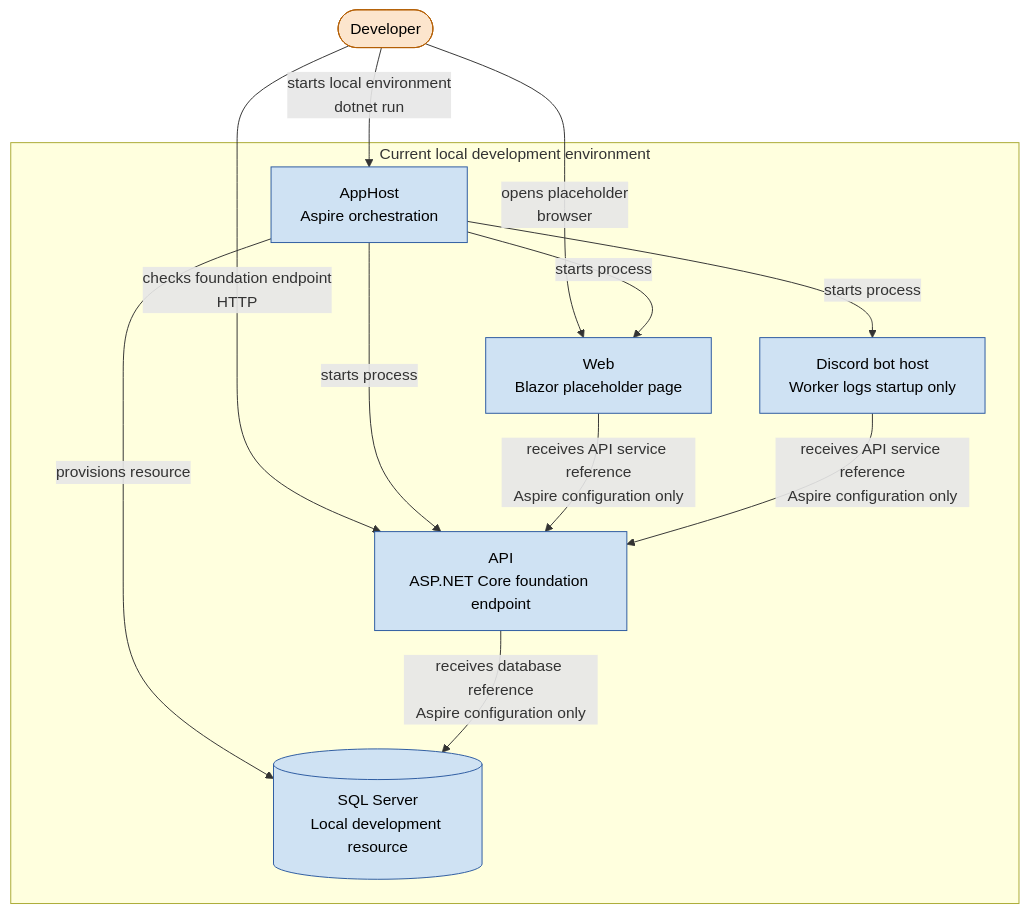
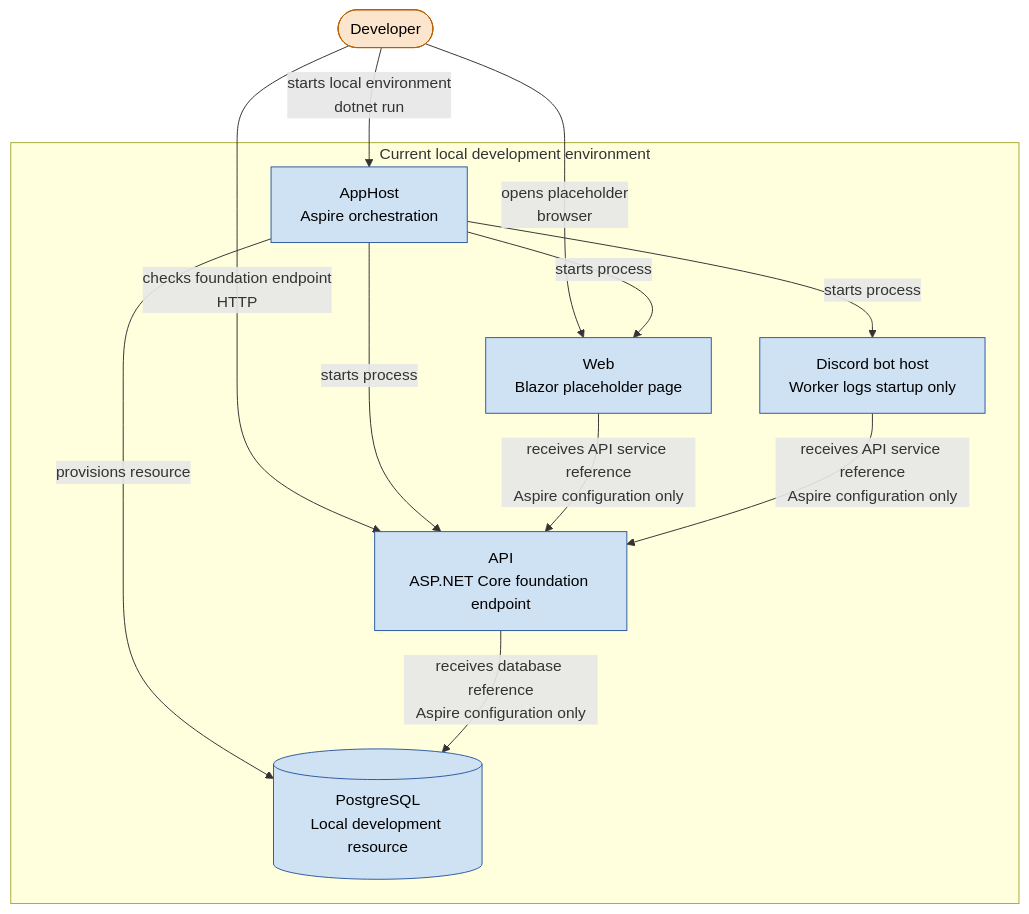
One commit to AnnabiGihed/RaidManager changed the diagram in docs/diagrams/container.mmd. Above: the diagram before and after it, drawn with Mermaid. The commit also changed 54 other files, not shown here.

Commit message:
feat(persistence): move the database from SQL Server to PostgreSQL (#411) (#440)

```diff
--- a/docs/diagrams/container.mmd
+++ b/docs/diagrams/container.mmd
@@ -1,26 +1,26 @@
 flowchart TB
     developer([Developer])
 
     subgraph local[Current local development environment]
         apphost[AppHost<br/>Aspire orchestration]
         web[Web<br/>Blazor placeholder page]
         api[API<br/>ASP.NET Core foundation endpoint]
         bot[Discord bot host<br/>Worker logs startup only]
-        sql[(SQL Server<br/>Local development resource)]
+        db[(PostgreSQL<br/>Local development resource)]
     end
 
     developer -->|starts local environment<br/>dotnet run| apphost
     developer -->|opens placeholder<br/>browser| web
     developer -->|checks foundation endpoint<br/>HTTP| api
     apphost -->|starts process| web
     apphost -->|starts process| api
     apphost -->|starts process| bot
-    apphost -->|provisions resource| sql
+    apphost -->|provisions resource| db
     web -->|receives API service reference<br/>Aspire configuration only| api
     bot -->|receives API service reference<br/>Aspire configuration only| api
-    api -->|receives database reference<br/>Aspire configuration only| sql
+    api -->|receives database reference<br/>Aspire configuration only| db
 
     classDef person   fill:#fce5cd,stroke:#b45f06,stroke-width:1px,color:#000
     classDef internal fill:#cfe2f3,stroke:#2c5aa0,stroke-width:1px,color:#000
     class developer person
-    class apphost,web,api,bot,sql internal
+    class apphost,web,api,bot,db internal
```
